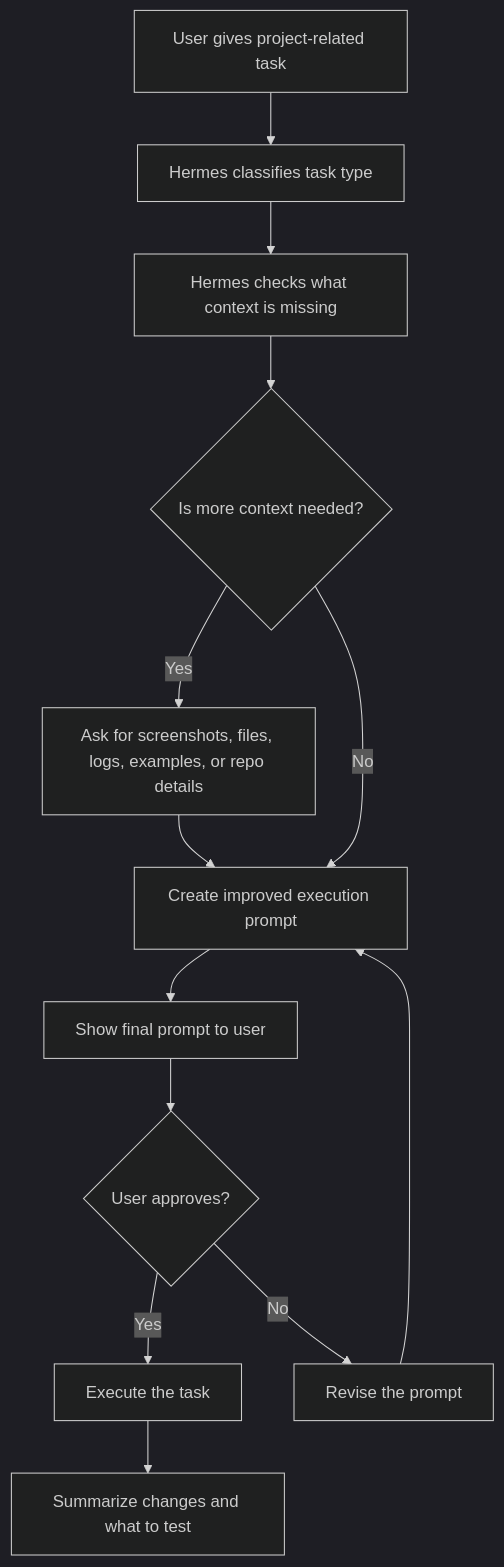
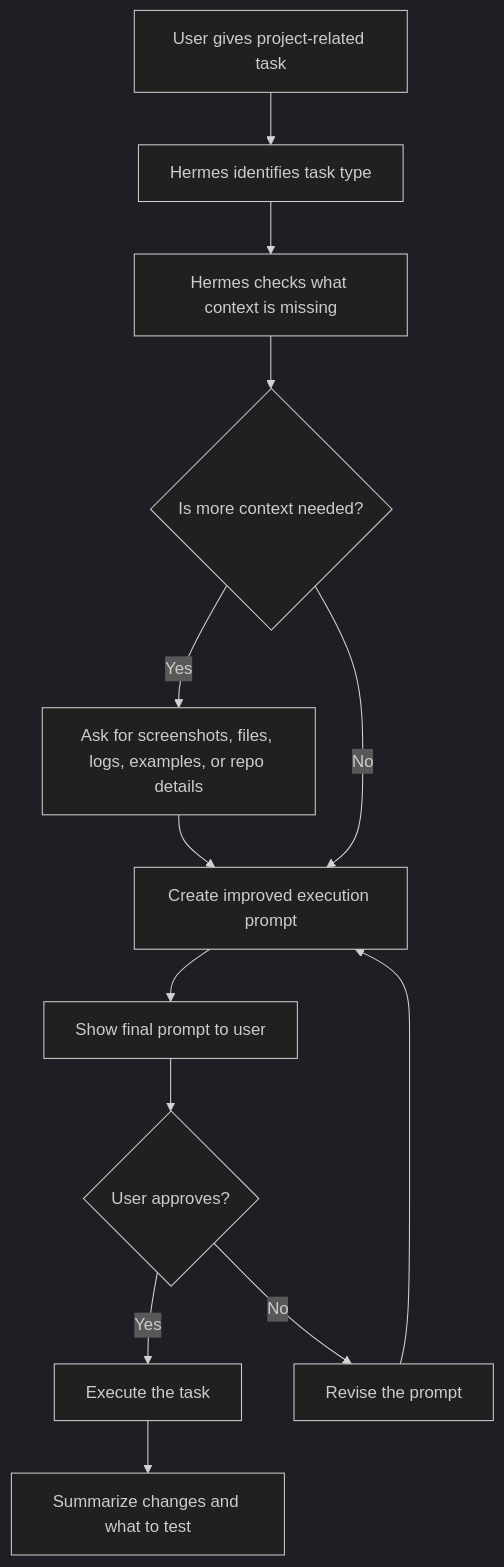
Before and after one commit to BRANDZ0/hermes-prompt-optimizer-workflow: the diagram in README.md, drawn with Mermaid (dark theme). The commit also changed other lines of this file, not shown here.

````diff
--- a/README.md
+++ b/README.md
@@ -42,15 +60,15 @@
 ```mermaid
 flowchart TD
-    A[User gives project-related task] --> B[Hermes classifies task type]
+    A[User gives project-related task] --> B[Hermes identifies task type]
     B --> C[Hermes checks what context is missing]
     C --> D{Is more context needed?}
     D -- Yes --> E[Ask for screenshots, files, logs, examples, or repo details]
     E --> F[Create improved execution prompt]
     D -- No --> F[Create improved execution prompt]
     F --> G[Show final prompt to user]
     G --> H{User approves?}
     H -- Yes --> I[Execute the task]
     H -- No --> J[Revise the prompt]
     J --> F
     I --> K[Summarize changes and what to test]
 ```
````
